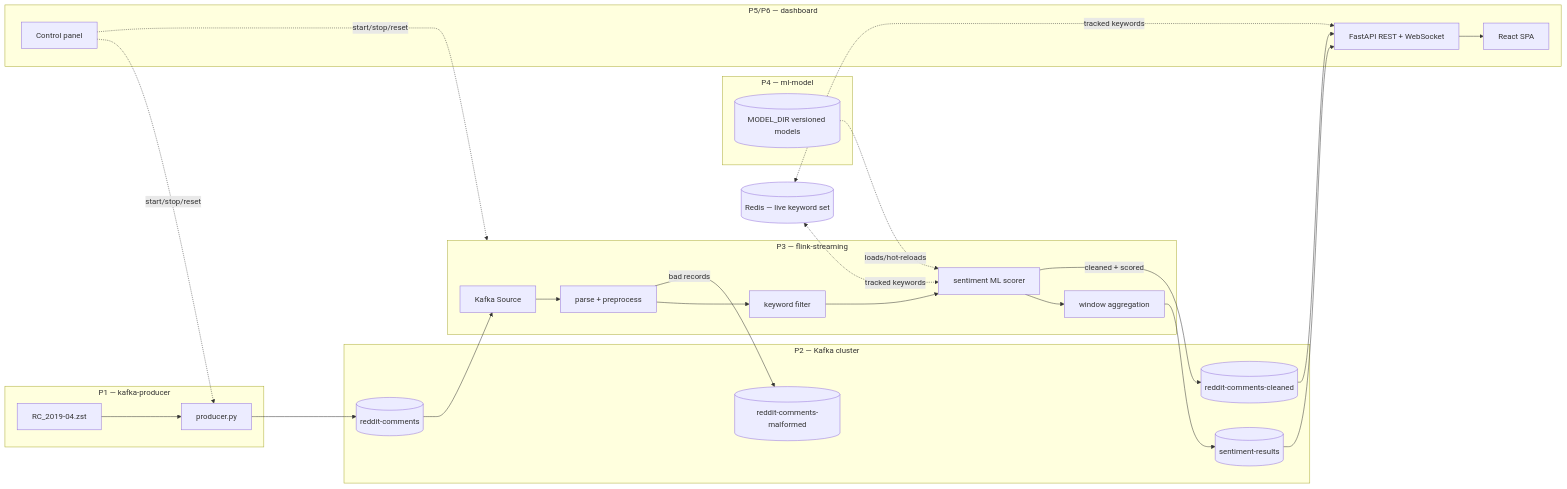
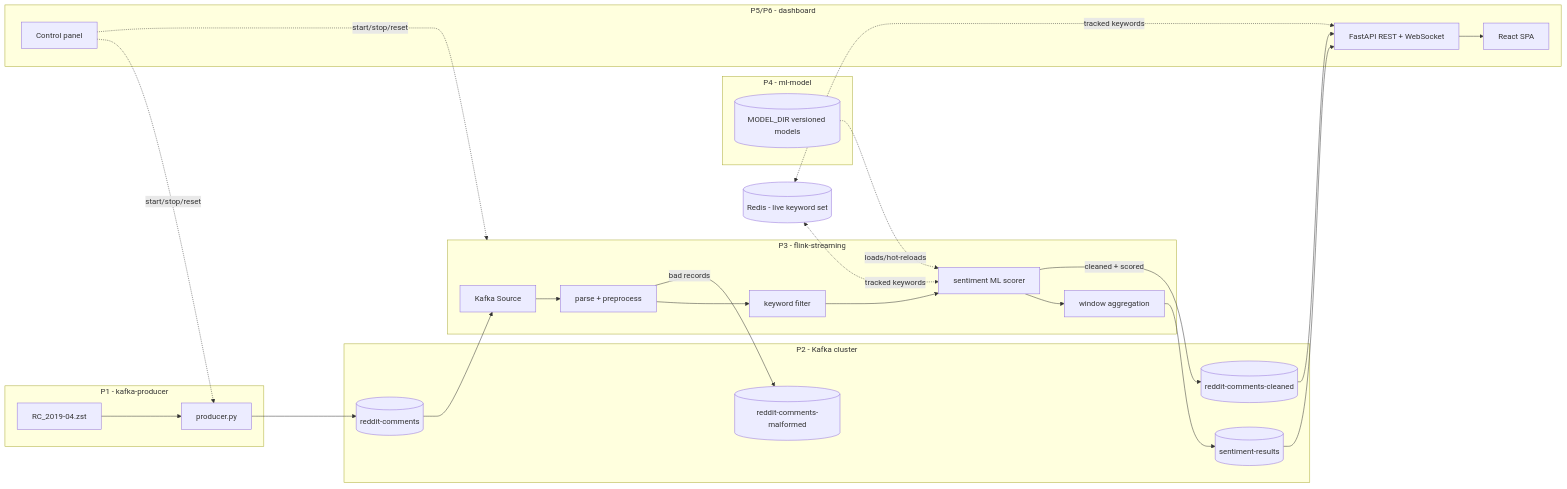
Before and after one commit to AaradhyaDeotale/redditsentimentanalysisbigdata: the diagram in README.md, drawn with Mermaid. The commit also changed other lines of this file and 1 other file, not shown here.

````diff
--- a/README.md
+++ b/README.md
@@ -27,49 +46,49 @@
 ```mermaid
 flowchart LR
-  subgraph P1 [P1 — kafka-producer]
+  subgraph P1 [P1 - kafka-producer]
     ZST[RC_2019-04.zst]
     PROD[producer.py]
     ZST --> PROD
   end
 
-  subgraph P2 [P2 — Kafka cluster]
+  subgraph P2 [P2 - Kafka cluster]
     TIN[(reddit-comments)]
     TCLEAN[(reddit-comments-cleaned)]
     TMAL[(reddit-comments-malformed)]
     TRES[(sentiment-results)]
   end
 
-  subgraph P3 [P3 — flink-streaming]
+  subgraph P3 [P3 - flink-streaming]
     SRC[Kafka Source]
     PARSE[parse + preprocess]
     KW[keyword filter]
     ML[sentiment ML scorer]
     WIN[window aggregation]
     SRC --> PARSE --> KW --> ML --> WIN
   end
 
-  subgraph P4 [P4 — ml-model]
+  subgraph P4 [P4 - ml-model]
     STORE[(MODEL_DIR versioned models)]
   end
 
-  subgraph P5P6 [P5/P6 — dashboard]
+  subgraph P5P6 [P5/P6 - dashboard]
     API[FastAPI REST + WebSocket]
     SPA[React SPA]
     CTRL[Control panel]
     API --> SPA
   end
 
-  REDIS[(Redis — live keyword set)]
+  REDIS[(Redis - live keyword set)]
 
   PROD --> TIN --> SRC
   PARSE -- bad records --> TMAL
   ML -- cleaned + scored --> TCLEAN
   WIN --> TRES
   STORE -. loads/hot-reloads .-> ML
   TRES --> API
   TCLEAN --> API
   REDIS <-. tracked keywords .-> ML
   REDIS <-. tracked keywords .-> API
   CTRL -. start/stop/reset .-> PROD
   CTRL -. start/stop/reset .-> P3
 ```
````
